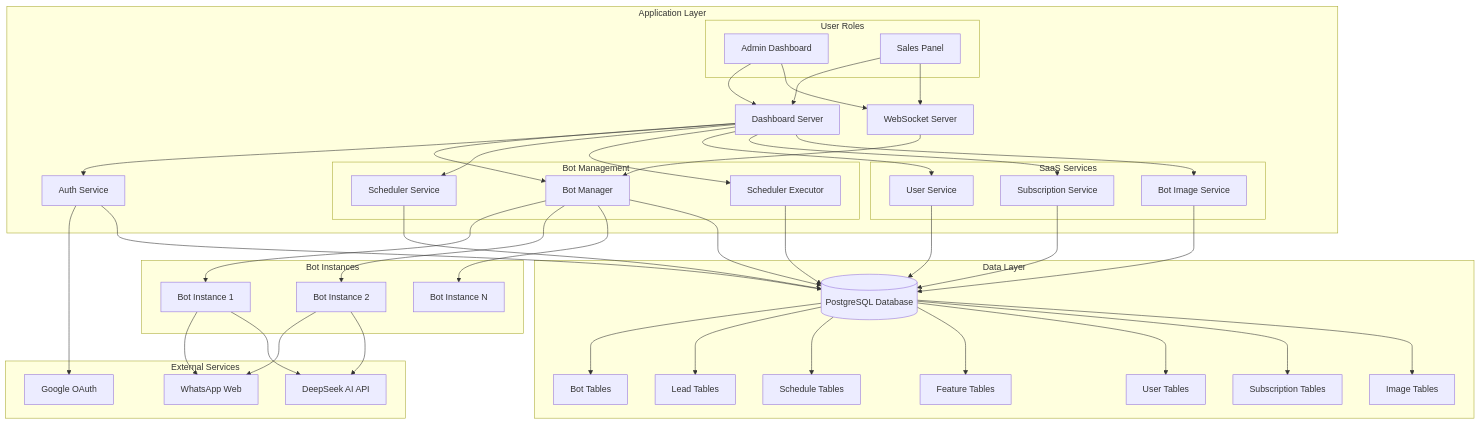
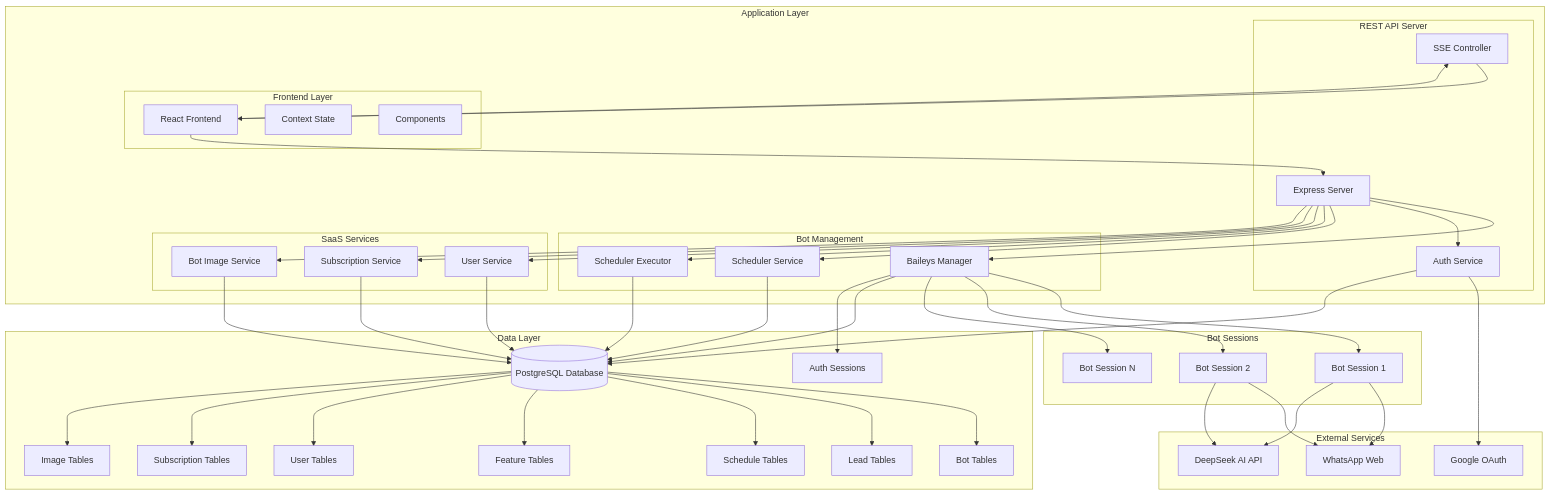
Before and after one commit to da4vid864/bots: the first of 6 diagrams in technical_architecture.md, drawn with Mermaid. The commit also changed other lines of this file and 39 other files, not shown here.

```diff
--- a/technical_architecture.md
+++ b/technical_architecture.md
@@ -49,12 +57,14 @@
     end
 
     subgraph "Application Layer"
-        DASH[Dashboard Server]
-        WS[WebSocket Server]
-        AUTH[Auth Service]
+        subgraph "REST API Server"
+            SERVER[Express Server]
+            AUTH[Auth Service]
+            SSE[SSE Controller]
+        end
         
         subgraph "Bot Management"
-            BM[Bot Manager]
+            BM[Baileys Manager]
             SCHED[Scheduler Service]
             SCHEDEXEC[Scheduler Executor]
         end
@@ -65,9 +75,10 @@
             IMG[Bot Image Service]
         end
         
-        subgraph "User Roles"
-            ADMIN[Admin Dashboard]
-            VENDOR[Sales Panel]
+        subgraph "Frontend Layer"
+            REACT[React Frontend]
+            CONTEXT[Context State]
+            COMP[Components]
         end
     end
 
@@ -80,26 +91,25 @@
         USERDB[User Tables]
         SUBDB[Subscription Tables]
         IMGDB[Image Tables]
+        AUTHSESS[Auth Sessions]
     end
 
-    subgraph "Bot Instances"
-        BOT1[Bot Instance 1]
-        BOT2[Bot Instance 2]
-        BOTN[Bot Instance N]
+    subgraph "Bot Sessions"
+        BOT1[Bot Session 1]
+        BOT2[Bot Session 2]
+        BOTN[Bot Session N]
     end
 
-    ADMIN --> DASH
-    VENDOR --> DASH
-    ADMIN --> WS
-    VENDOR --> WS
-    DASH --> BM
-    DASH --> AUTH
-    DASH --> SCHED
-    DASH --> SCHEDEXEC
-    DASH --> USER
-    DASH --> SUB
-    DASH --> IMG
-    WS --> BM
+    REACT --> SERVER
+    REACT --> SSE
+    SERVER --> BM
+    SERVER --> AUTH
+    SERVER --> SCHED
+    SERVER --> SCHEDEXEC
+    SERVER --> USER
+    SERVER --> SUB
+    SERVER --> IMG
+    SSE --> REACT
     BM --> BOT1
     BM --> BOT2
     BM --> BOTN
@@ -109,6 +119,7 @@
     BOT2 --> DS
     AUTH --> GOOG
     BM --> DB
+    BM --> AUTHSESS
     SCHED --> DB
     SCHEDEXEC --> DB
     AUTH --> DB
```
